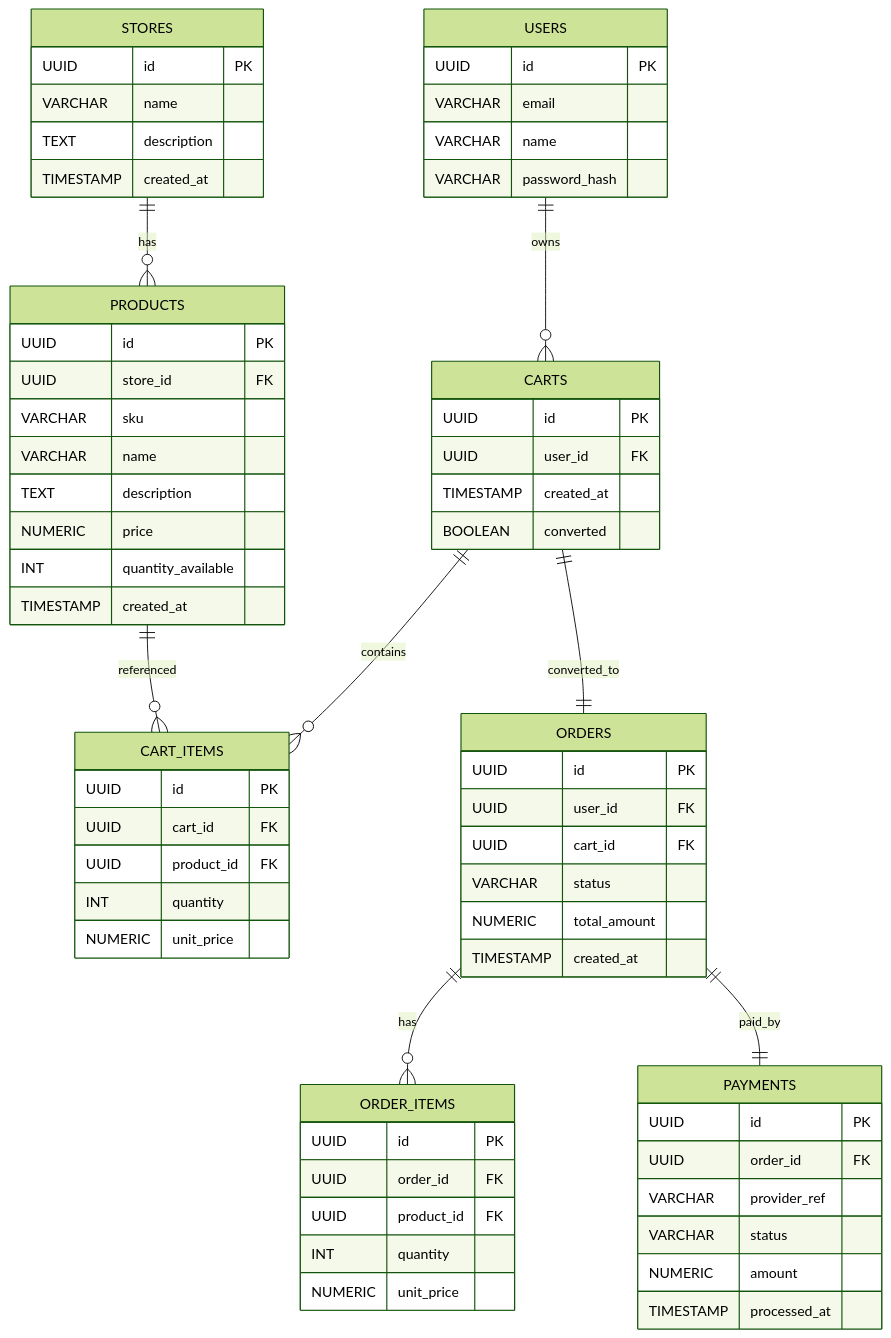
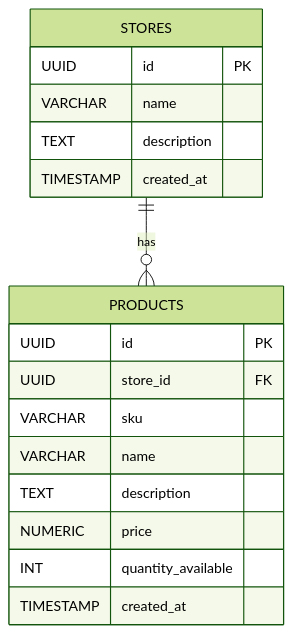
One commit to CM-market/transac changed the fourth of 5 diagrams in docs/arc42.md. Above: the diagram before and after it, drawn with Mermaid (forest theme). The commit also changed other lines of this file and 16 other files, not shown here.

````diff
--- a/docs/arc42.md
+++ b/docs/arc42.md
@@ -202,69 +168,23 @@
 ```mermaid
 erDiagram
     STORES {
         UUID id PK
         VARCHAR name
         TEXT description
         TIMESTAMP created_at
     }
     PRODUCTS {
         UUID id PK
         UUID store_id FK
         VARCHAR sku
         VARCHAR name
         TEXT description
         NUMERIC price
         INT quantity_available
         TIMESTAMP created_at
     }
-    USERS {
-        UUID id PK
-        VARCHAR email
-        VARCHAR name
-        VARCHAR password_hash
-    }
-    CARTS {
-        UUID id PK
-        UUID user_id FK
-        TIMESTAMP created_at
-        BOOLEAN converted
-    }
-    CART_ITEMS {
-        UUID id PK
-        UUID cart_id FK
-        UUID product_id FK
-        INT quantity
-        NUMERIC unit_price
-    }
-    ORDERS {
-        UUID id PK
-        UUID user_id FK
-        UUID cart_id FK
-        VARCHAR status
-        NUMERIC total_amount
-        TIMESTAMP created_at
-    }
-    ORDER_ITEMS {
-        UUID id PK
-        UUID order_id FK
-        UUID product_id FK
-        INT quantity
-        NUMERIC unit_price
-    }
-    PAYMENTS {
-        UUID id PK
-        UUID order_id FK
-        VARCHAR provider_ref
-        VARCHAR status
-        NUMERIC amount
-        TIMESTAMP processed_at
-    }
+ 
 
     STORES ||--o{ PRODUCTS : "has"
-    USERS ||--o{ CARTS : "owns"
-    CARTS ||--o{ CART_ITEMS : "contains"
-    PRODUCTS ||--o{ CART_ITEMS : "referenced"
-    CARTS ||--|| ORDERS : "converted_to"
-    ORDERS ||--o{ ORDER_ITEMS : "has"
-    ORDERS ||--|| PAYMENTS : "paid_by"
+
 ```
````
